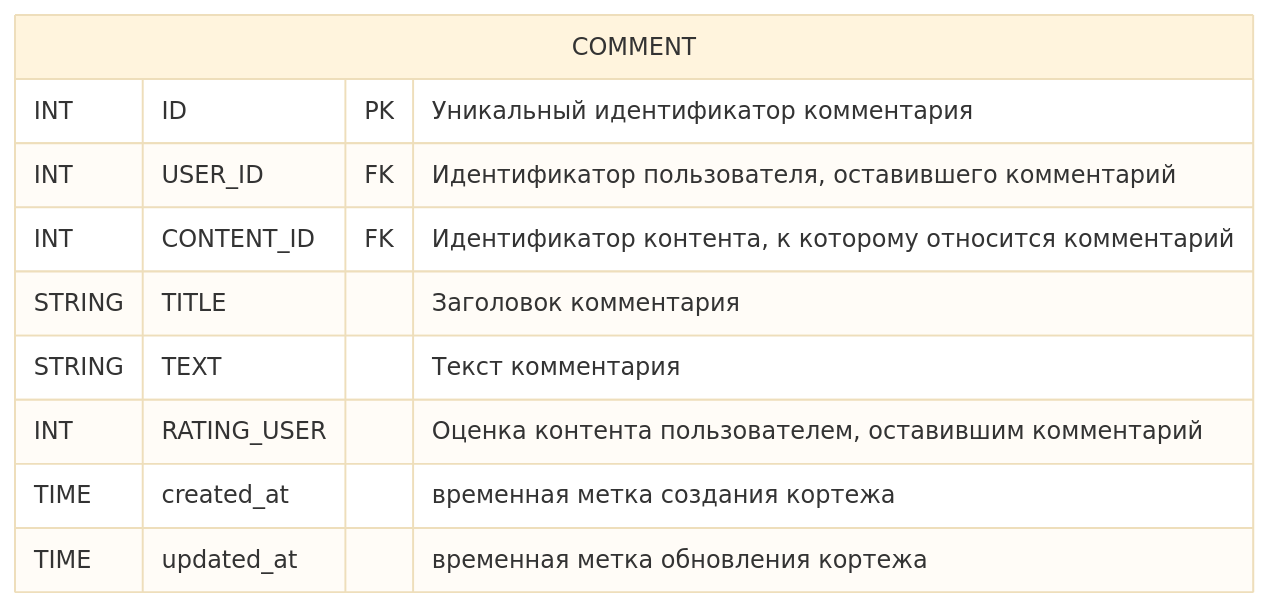
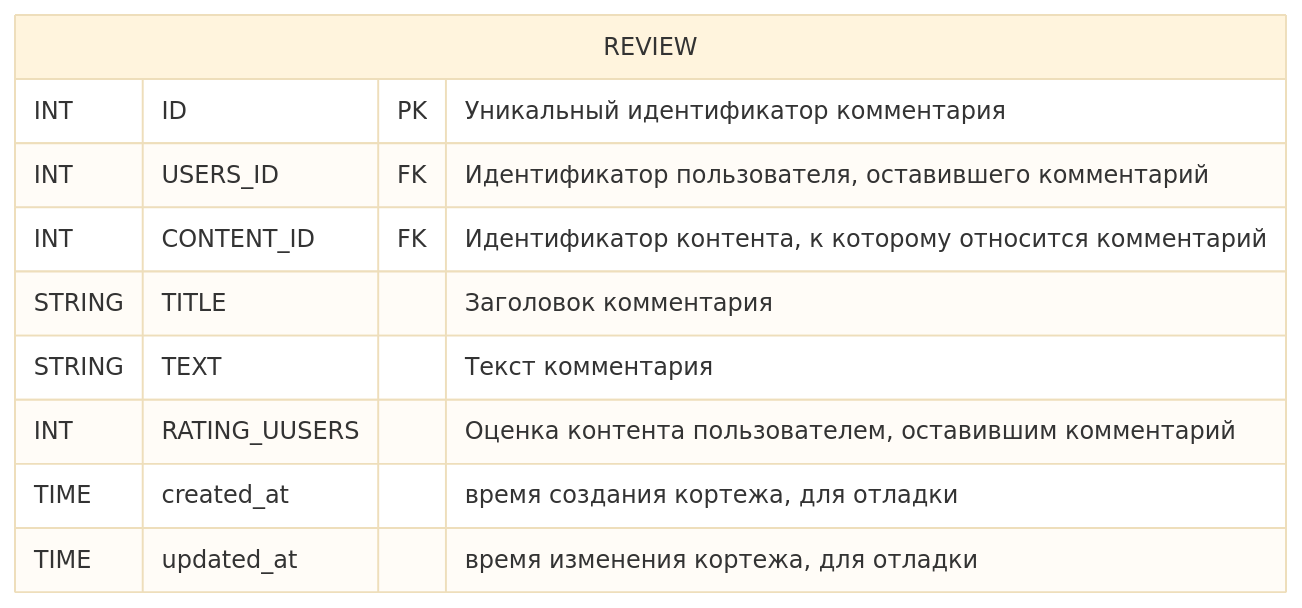
Diagram 15 of 25 in db/normalized/relations.md (go-park-mail-ru/2024_1_Cyberkotletki), drawn with Mermaid (base theme) before and after one commit. The commit also changed other lines of this file and 2 other files, not shown here.

````diff
--- a/db/normalized/relations.md
+++ b/db/normalized/relations.md
@@ -306,13 +410,13 @@
 ```mermaid
 erDiagram
-    COMMENT {
+    REVIEW {
         INT ID PK "Уникальный идентификатор комментария"
-        INT USER_ID FK "Идентификатор пользователя, оставившего комментарий"
+        INT USERS_ID FK "Идентификатор пользователя, оставившего комментарий"
         INT CONTENT_ID FK "Идентификатор контента, к которому относится комментарий"
         STRING TITLE "Заголовок комментария"
         STRING TEXT "Текст комментария"
-        INT RATING_USER "Оценка контента пользователем, оставившим комментарий"
-        TIME created_at "временная метка создания кортежа"
-        TIME updated_at "временная метка обновления кортежа"
+        INT RATING_UUSERS "Оценка контента пользователем, оставившим комментарий"
+        TIME created_at "время создания кортежа, для отладки"
+        TIME updated_at "время изменения кортежа, для отладки"
     }
 ```
````
